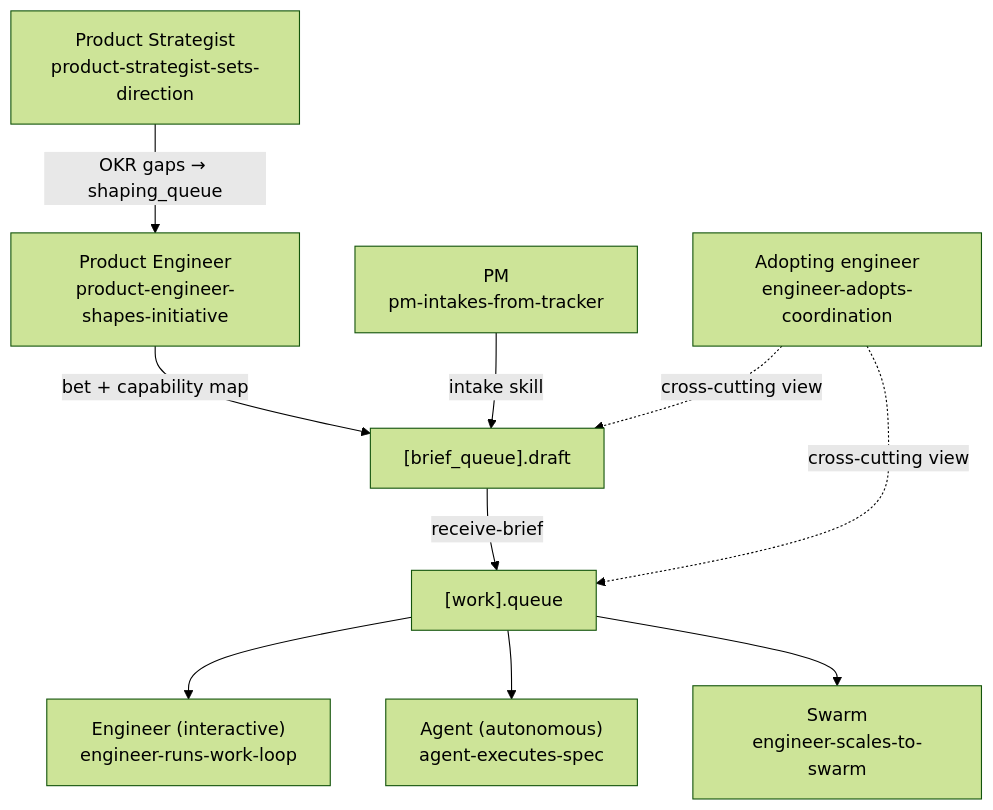
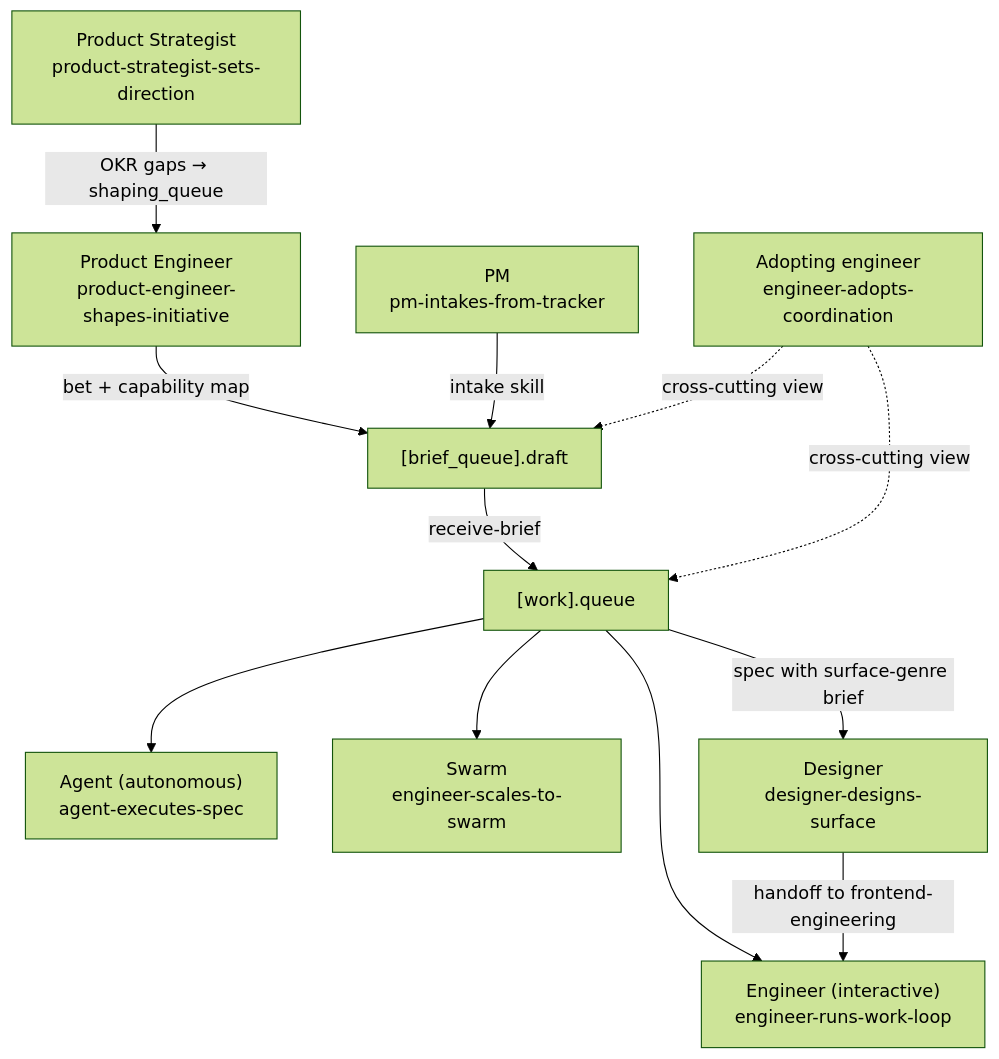
One commit to eugenelim/agent-ready-repo changed the second of 2 diagrams in docs/product/journeys/README.md. Above: the diagram before and after it, drawn with Mermaid (forest theme). The commit also changed other lines of this file and 6 other files, not shown here.

````diff
--- a/docs/product/journeys/README.md
+++ b/docs/product/journeys/README.md
@@ -98,22 +99,25 @@
 ```mermaid
 flowchart TB
     S["Product Strategist\nproduct-strategist-sets-direction"]
     PE["Product Engineer\nproduct-engineer-shapes-initiative"]
     PM["PM\npm-intakes-from-tracker"]
     BQ["[brief_queue].draft"]
     WQ["[work].queue"]
     E["Engineer (interactive)\nengineer-runs-work-loop"]
     AG["Agent (autonomous)\nagent-executes-spec"]
     SW["Swarm\nengineer-scales-to-swarm"]
     ADO["Adopting engineer\nengineer-adopts-coordination"]
+    D["Designer\ndesigner-designs-surface"]
 
     S -->|"OKR gaps → shaping_queue"| PE
     PE -->|"bet + capability map"| BQ
     PM -->|"intake skill"| BQ
     BQ -->|"receive-brief"| WQ
     WQ --> E
     WQ --> AG
     WQ --> SW
+    WQ -->|"spec with surface-genre brief"| D
+    D -->|"handoff to frontend-engineering"| E
     ADO -. "cross-cutting view" .-> BQ
     ADO -. "cross-cutting view" .-> WQ
 ```
````
